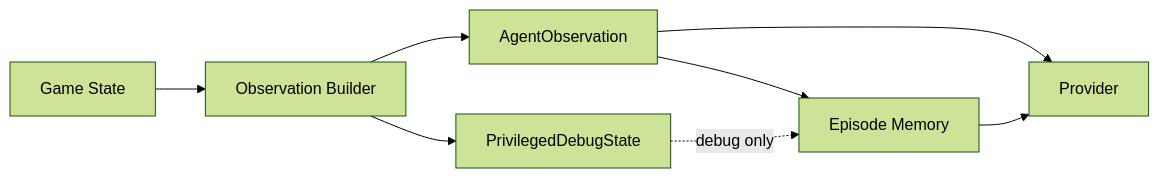
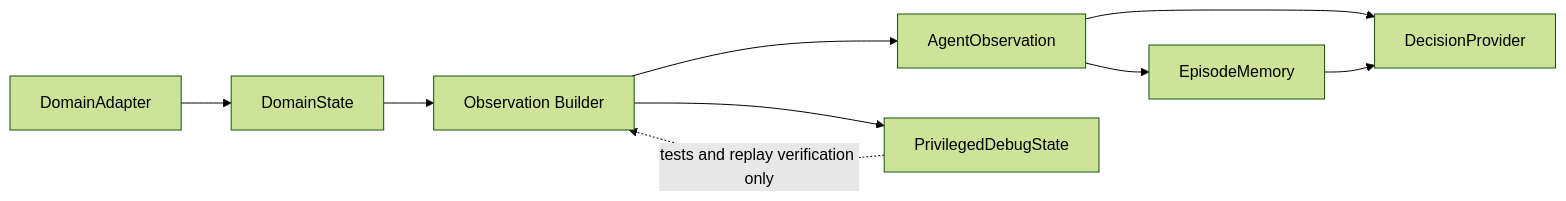
Before and after one commit to Vectology-cloud-team/namma-rogue-agent: the diagram in docs/observation-model.md, drawn with Mermaid (forest theme). The commit also changed other lines of this file and 11 other files, not shown here.

````diff
--- a/docs/observation-model.md
+++ b/docs/observation-model.md
@@ -43,17 +42,19 @@
 ```mermaid
 flowchart LR
-    GS["Game State"]
+    AD["DomainAdapter"]
+    DS["DomainState"]
     OB["Observation Builder"]
     AO["AgentObservation"]
-    DS["PrivilegedDebugState"]
-    EM["Episode Memory"]
-    PR["Provider"]
+    PD["PrivilegedDebugState"]
+    EM["EpisodeMemory"]
+    DP["DecisionProvider"]
 
-    GS --> OB
+    AD --> DS
+    DS --> OB
     OB --> AO
-    OB --> DS
+    OB --> PD
     AO --> EM
-    AO --> PR
-    EM --> PR
-    DS -. debug only .-> EM
+    AO --> DP
+    EM --> DP
+    PD -. tests and replay verification only .-> OB
 ```
````
